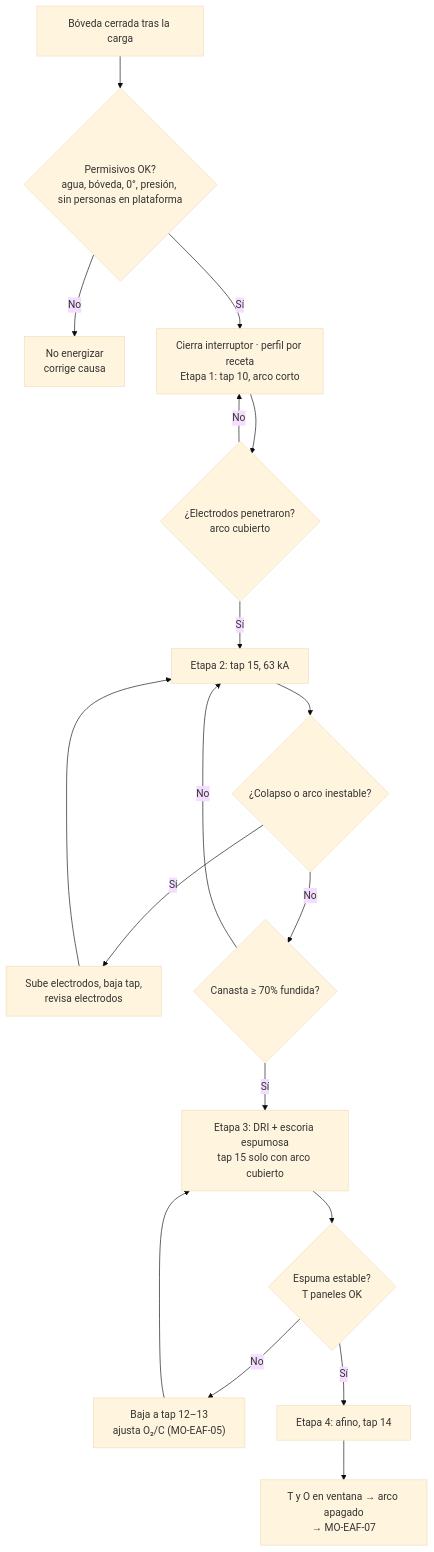
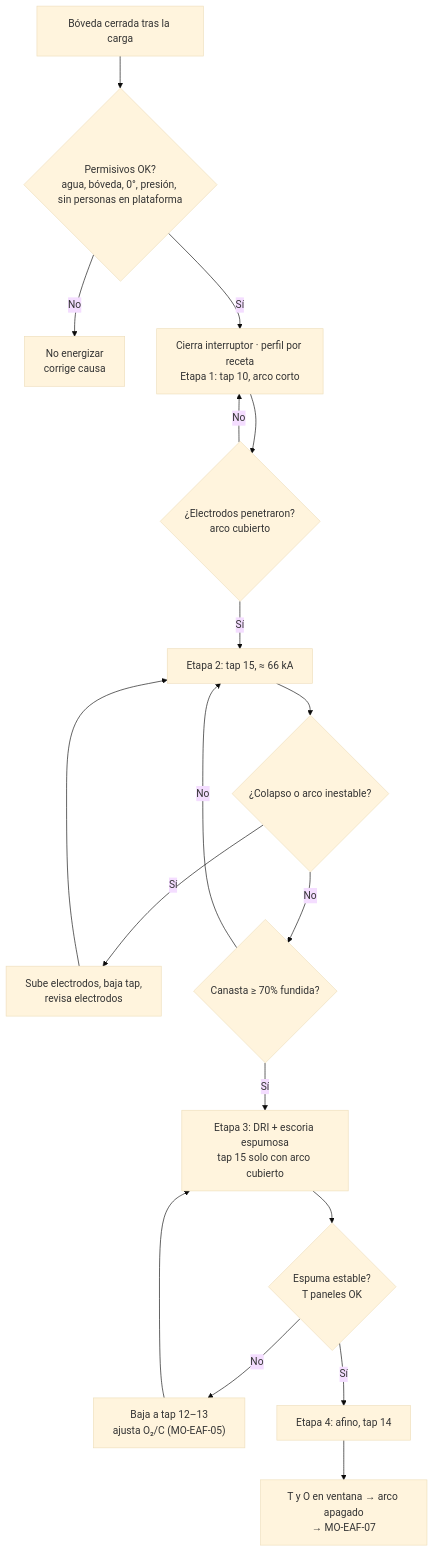
The diagram in 10-plantas/01-steelmaking/02-operacion/eaf/MO-EAF-04-fusion-perfil-potencia-electrodos.md (diegocardonaguzman03-maker/HR), drawn with Mermaid (base theme) before and after one commit. The commit also changed other lines of this file and 59 other files, not shown here.

````diff
--- a/10-plantas/01-steelmaking/02-operacion/eaf/MO-EAF-04-fusion-perfil-potencia-electrodos.md
+++ b/10-plantas/01-steelmaking/02-operacion/eaf/MO-EAF-04-fusion-perfil-potencia-electrodos.md
@@ -42,20 +42,20 @@
 ```mermaid
 flowchart TD
     A["Bóveda cerrada tras la carga"] --> B{"Permisivos OK?<br/>agua, bóveda, 0°, presión, sin personas en plataforma"}
     B -- "No" --> X["No energizar<br/>corrige causa"]
     B -- "Sí" --> C["Cierra interruptor · perfil por receta<br/>Etapa 1: tap 10, arco corto"]
     C --> D{"¿Electrodos penetraron?<br/>arco cubierto"}
     D -- "No" --> C
-    D -- "Sí" --> E["Etapa 2: tap 15, 63 kA"]
+    D -- "Sí" --> E["Etapa 2: tap 15, ≈ 66 kA"]
     E --> F{"¿Colapso o arco inestable?"}
     F -- "Sí" --> G["Sube electrodos, baja tap,<br/>revisa electrodos"]
     G --> E
     F -- "No" --> H{"Canasta ≥ 70% fundida?"}
     H -- "No" --> E
     H -- "Sí" --> I["Etapa 3: DRI + escoria espumosa<br/>tap 15 solo con arco cubierto"]
     I --> J{"Espuma estable?<br/>T paneles OK"}
     J -- "No" --> K["Baja a tap 12–13<br/>ajusta O₂/C (MO-EAF-05)"]
     K --> I
     J -- "Sí" --> L["Etapa 4: afino, tap 14"]
     L --> M["T y O en ventana → arco apagado<br/>→ MO-EAF-07"]
 ```
````
